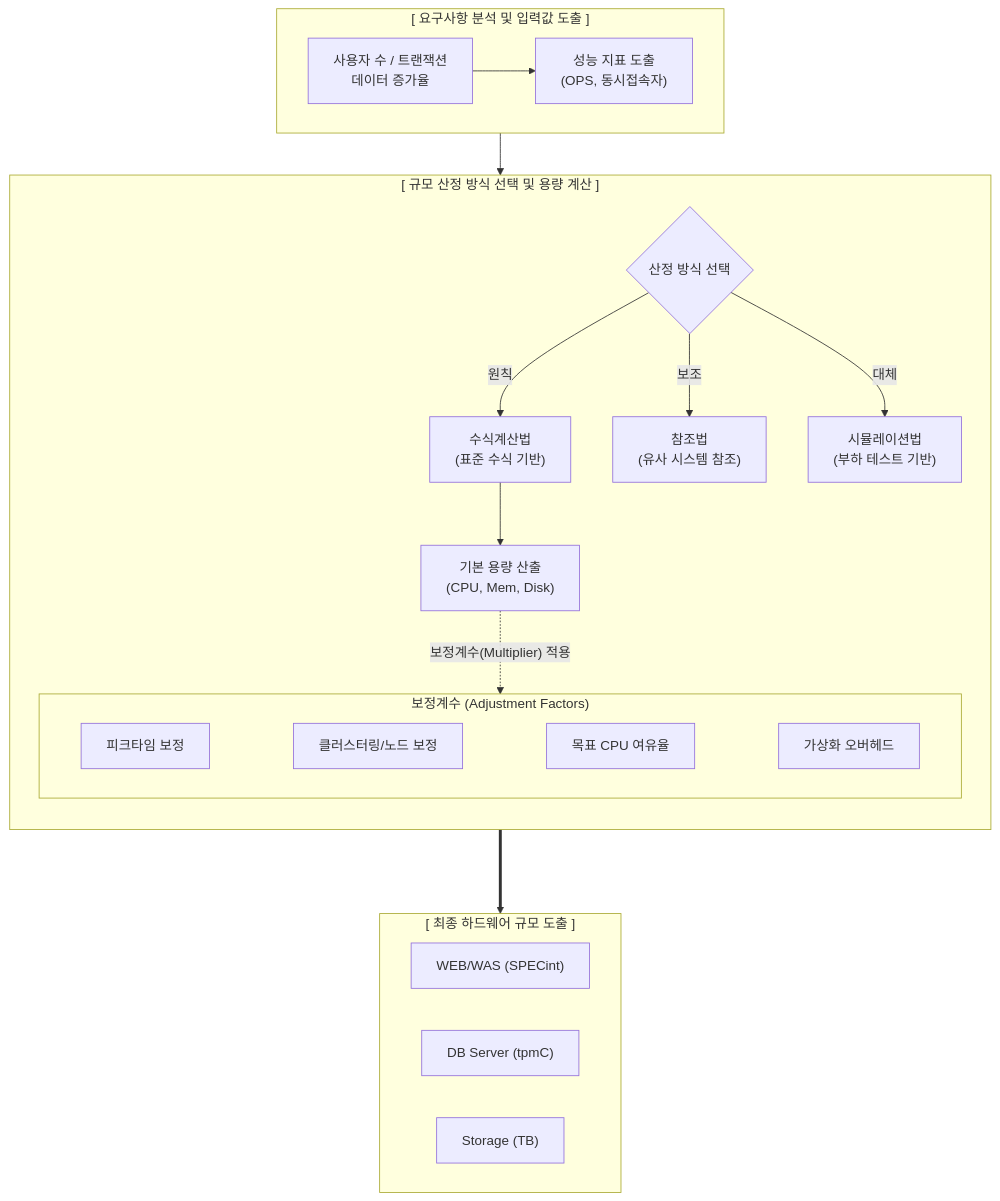
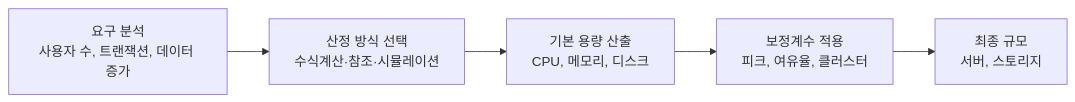
One commit to supremethumb/supremethumb.github.io changed the diagram in content/01_IT Tech/정보시스템 하드웨어 규모산정 지침.md. Above: the diagram before and after it, drawn with Mermaid. The commit also changed other lines of this file and 1087 other files, not shown here.

````diff
--- a/content/01_IT Tech/정보시스템 하드웨어 규모산정 지침.md
+++ b/content/01_IT Tech/정보시스템 하드웨어 규모산정 지침.md
@@ -23,39 +34,7 @@
 ```mermaid
-flowchart TB
-    subgraph Input["[ 요구사항 분석 및 입력값 도출 ]"]
-        direction LR
-        Req["사용자 수 / 트랜잭션<br/>데이터 증가율"] --> Metric["성능 지표 도출<br/>(OPS, 동시접속자)"]
-    end
-
-    subgraph Process["[ 규모 산정 방식 선택 및 용량 계산 ]"]
-        direction TB
-        Method{"산정 방식 선택"}
-        Method -- "원칙" --> Calc["수식계산법<br/>(표준 수식 기반)"]
-        Method -- "보조" --> Ref["참조법<br/>(유사 시스템 참조)"]
-        Method -- "대체" --> Sim["시뮬레이션법<br/>(부하 테스트 기반)"]
-        
-        Calc --> Base["기본 용량 산출<br/>(CPU, Mem, Disk)"]
-        
-        subgraph Correction["보정계수 (Adjustment Factors)"]
-            direction LR
-            C1["피크타임 보정"]
-            C2["클러스터링/노드 보정"]
-            C3["목표 CPU 여유율"]
-            C4["가상화 오버헤드"]
-            C1 ~~~ C2 ~~~ C3 ~~~ C4
-        end
-        
-        Base -. "보정계수(Multiplier) 적용" .-> Correction
-    end
-
-    subgraph Output["[ 최종 하드웨어 규모 도출 ]"]
-        direction LR
-        Web["WEB/WAS (SPECint)"]
-        DB["DB Server (tpmC)"]
-        Storage["Storage (TB)"]
-    end
-
-    Input --> Process
-    Correction ===> Output
-
+flowchart LR
+    A["요구 분석<br/>사용자 수, 트랜잭션, 데이터 증가"] --> B["산정 방식 선택<br/>수식계산·참조·시뮬레이션"]
+    B --> C["기본 용량 산출<br/>CPU, 메모리, 디스크"]
+    C --> D["보정계수 적용<br/>피크, 여유율, 클러스터"]
+    D --> E["최종 규모<br/>서버, 스토리지"]
 ```
````
